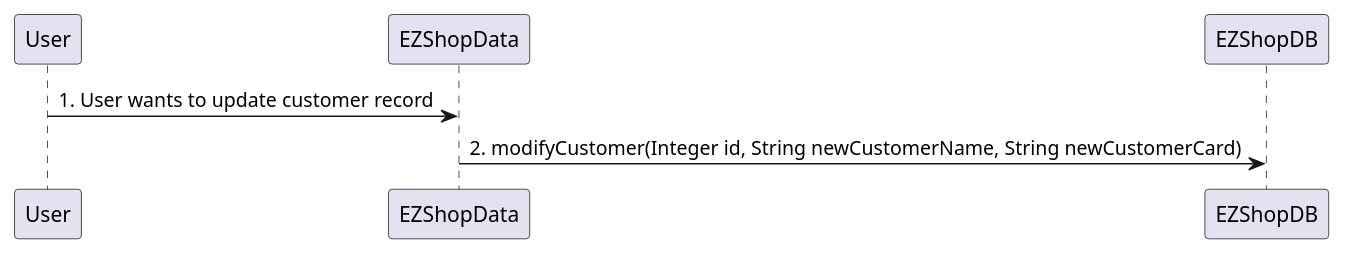
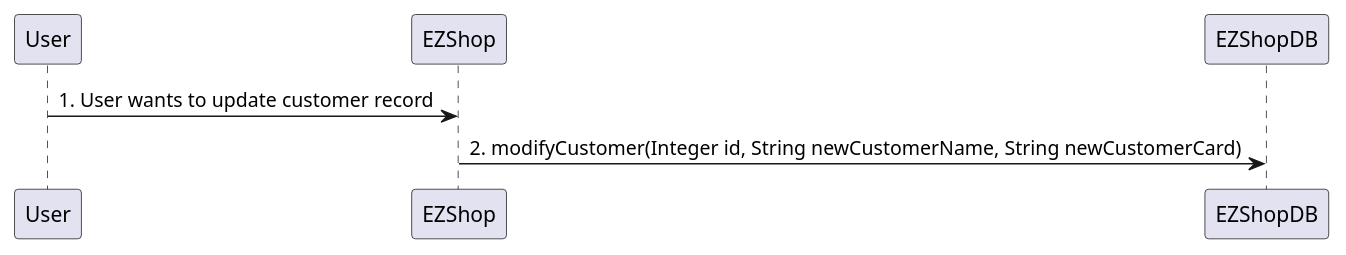
Diagram 14 of 31 in Deliverables/DesignDocument.md (djemar/softeng_ezshop), drawn with PlantUML before and after one commit. The commit also changed other lines of this file, not shown here.

````diff
--- a/Deliverables/DesignDocument.md
+++ b/Deliverables/DesignDocument.md
@@ -373,5 +385,5 @@
 ```plantuml
-"User" -> "EZShopData" : 1. User wants to update customer record
-"EZShopData" -> "EZShopDB" : 2. modifyCustomer(Integer id, String newCustomerName, String newCustomerCard)
+"User" -> "EZShop" : 1. User wants to update customer record
+"EZShop" -> "EZShopDB" : 2. modifyCustomer(Integer id, String newCustomerName, String newCustomerCard)
 
 ```
````
